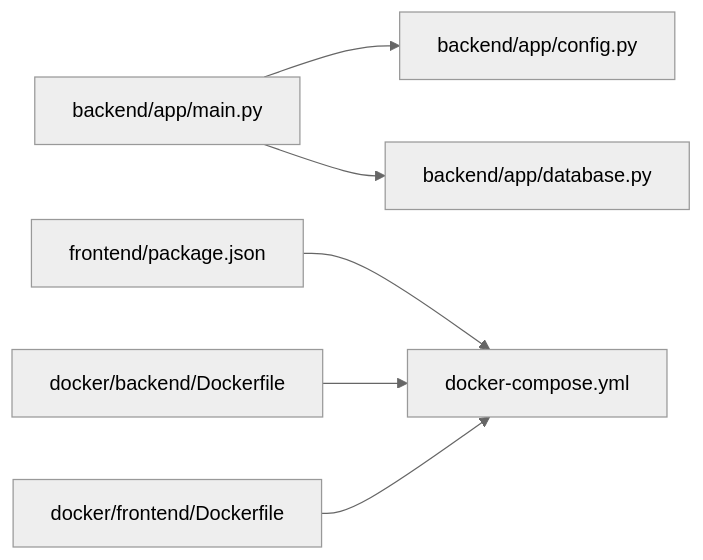
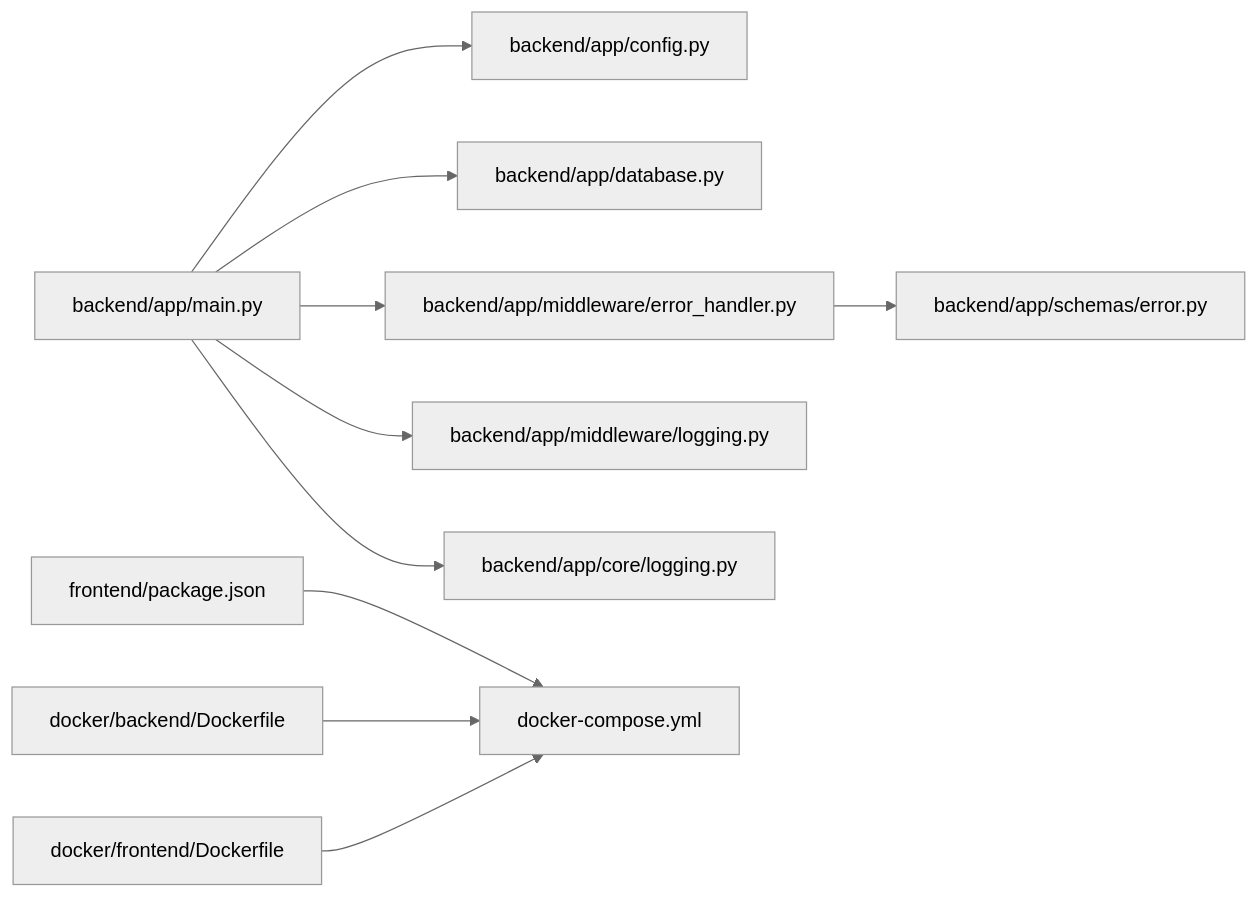
The third of 3 diagrams in .qoder/repowiki/ja/content/トラブルシューティング.md (ss8806/Todos), drawn with Mermaid (neutral theme) before and after one commit. The commit also changed other lines of this file and 6 other files, not shown here.

````diff
--- a/.qoder/repowiki/ja/content/トラブルシューティング.md
+++ b/.qoder/repowiki/ja/content/トラブルシューティング.md
@@ -225,8 +323,12 @@
 ```mermaid
 graph LR
 MAIN["backend/app/main.py"] --> CONFIG["backend/app/config.py"]
 MAIN --> DB["backend/app/database.py"]
+MAIN --> ERROR_HANDLER["backend/app/middleware/error_handler.py"]
+MAIN --> LOGGING_MIDDLEWARE["backend/app/middleware/logging.py"]
+ERROR_HANDLER --> ERROR_SCHEMA["backend/app/schemas/error.py"]
+MAIN --> CORE_LOGGING["backend/app/core/logging.py"]
 FE_PKG["frontend/package.json"] --> COMPOSE["docker-compose.yml"]
 DOCKER_BE["docker/backend/Dockerfile"] --> COMPOSE
 DOCKER_FE["docker/frontend/Dockerfile"] --> COMPOSE
 ```
````
